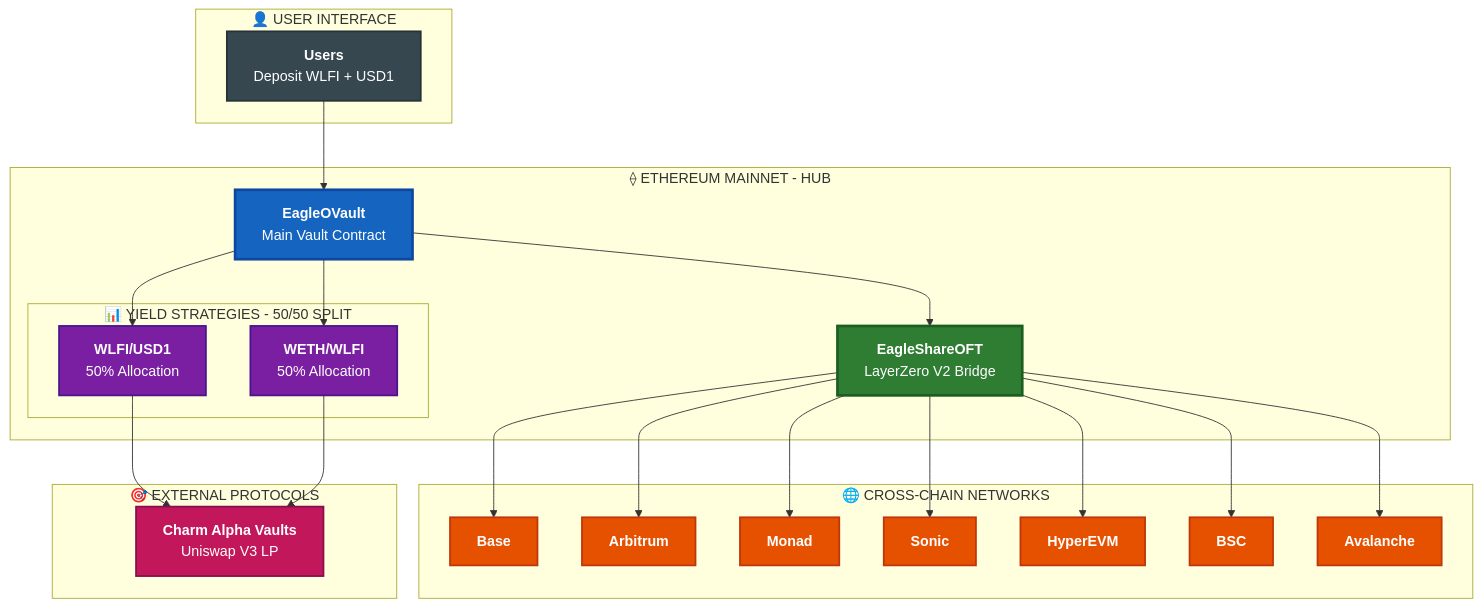
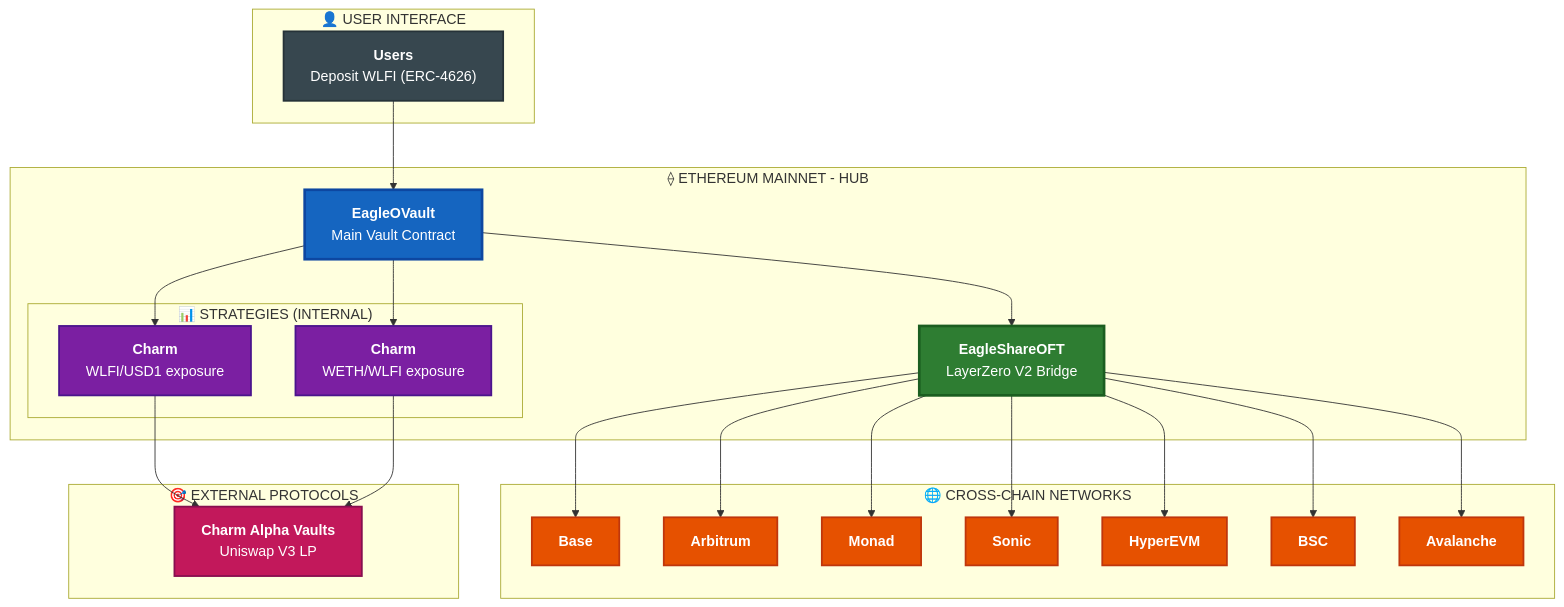
One commit to 47-Eagle/v1 changed the diagram in README.md. Above: the diagram before and after it, drawn with Mermaid. The commit also changed other lines of this file, not shown here.

First line of the commit message:
docs(readme): align with ERC-4626 sync WLFI vault (#6)

````diff
--- a/README.md
+++ b/README.md
@@ -61,65 +63,65 @@
 ```mermaid
 graph TB
     %% User Interface
     subgraph UI_LAYER["👤 USER INTERFACE"]
-        UI["<b>Users</b><br/>Deposit WLFI + USD1"]
+        UI["<b>Users</b><br/>Deposit WLFI (ERC-4626)"]
     end
 
     %% Core Protocol
     subgraph ETH_LAYER["⟠ ETHEREUM MAINNET - HUB"]
         EV["<b>EagleOVault</b><br/>Main Vault Contract"]
         ES["<b>EagleShareOFT</b><br/>LayerZero V2 Bridge"]
 
-        subgraph STRATEGIES["📊 YIELD STRATEGIES - 50/50 SPLIT"]
-            S1["<b>WLFI/USD1</b><br/>50% Allocation"]
-            S2["<b>WETH/WLFI</b><br/>50% Allocation"]
+        subgraph STRATEGIES["📊 STRATEGIES (INTERNAL)"]
+            S1["<b>Charm</b><br/>WLFI/USD1 exposure"]
+            S2["<b>Charm</b><br/>WETH/WLFI exposure"]
         end
     end
 
     %% Cross-Chain Destinations
     subgraph CHAINS["🌐 CROSS-CHAIN NETWORKS"]
         B["<b>Base</b>"]
         A["<b>Arbitrum</b>"]
         M["<b>Monad</b>"]
         SC["<b>Sonic</b>"]
         H["<b>HyperEVM</b>"]
         BSC["<b>BSC</b>"]
         AV["<b>Avalanche</b>"]
     end
 
     %% External Protocols
     subgraph EXTERNAL["🎯 EXTERNAL PROTOCOLS"]
         CV["<b>Charm Alpha Vaults</b><br/>Uniswap V3 LP"]
     end
 
     %% Connections
     UI --> EV
     EV --> S1
     EV --> S2
     S1 --> CV
     S2 --> CV
     EV --> ES
 
     ES --> B
     ES --> A
     ES --> M
     ES --> SC
     ES --> H
     ES --> BSC
     ES --> AV
 
     %% High Contrast Styling with dark text
     classDef vault fill:#1565C0,stroke:#0D47A1,stroke-width:3px,color:#FFFFFF
     classDef strategy fill:#7B1FA2,stroke:#4A148C,stroke-width:2px,color:#FFFFFF
     classDef oft fill:#2E7D32,stroke:#1B5E20,stroke-width:3px,color:#FFFFFF
     classDef network fill:#E65100,stroke:#BF360C,stroke-width:2px,color:#FFFFFF
     classDef external fill:#C2185B,stroke:#880E4F,stroke-width:2px,color:#FFFFFF
     classDef ui fill:#37474F,stroke:#263238,stroke-width:2px,color:#FFFFFF
 
     class EV vault
     class S1,S2 strategy
     class ES oft
     class B,A,M,SC,H,BSC,AV network
     class CV external
     class UI ui
 ```
````
